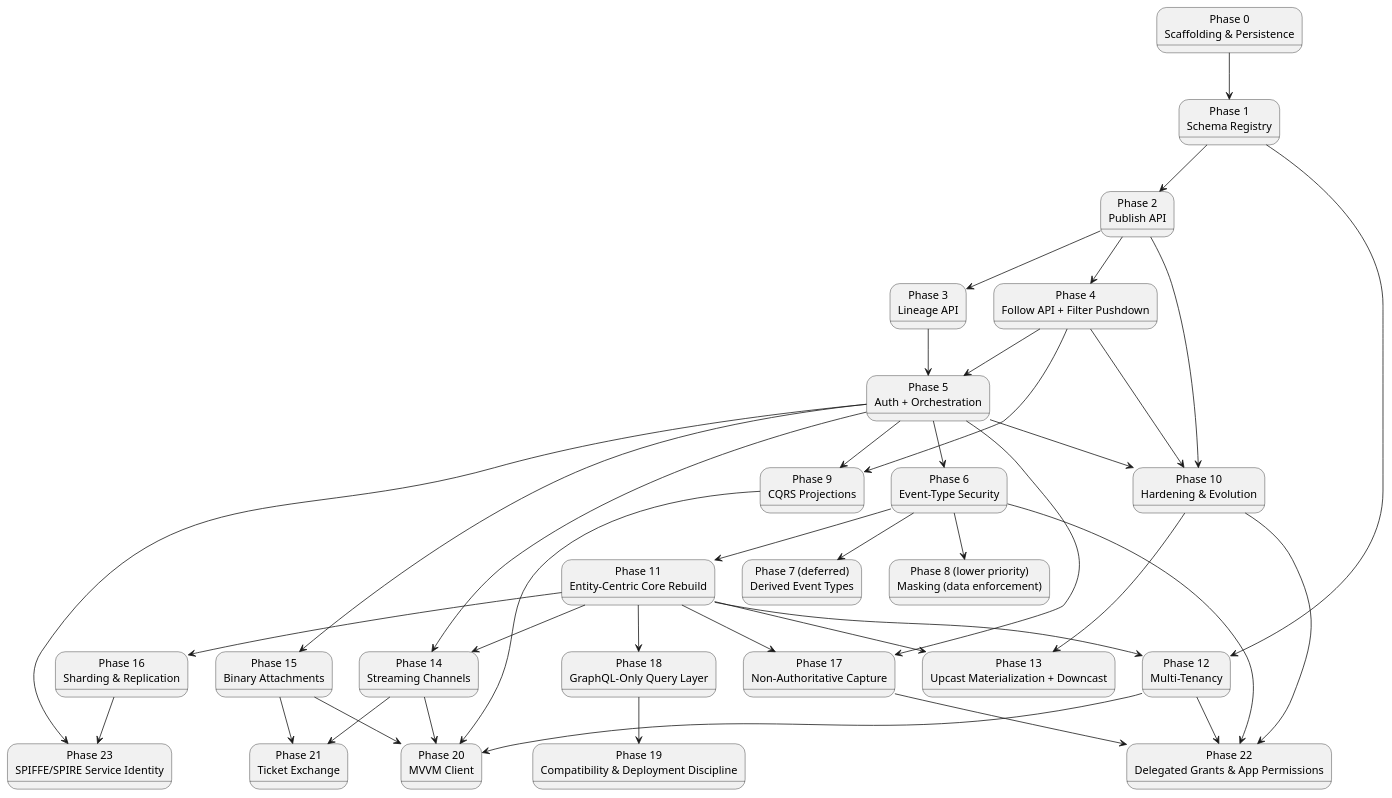
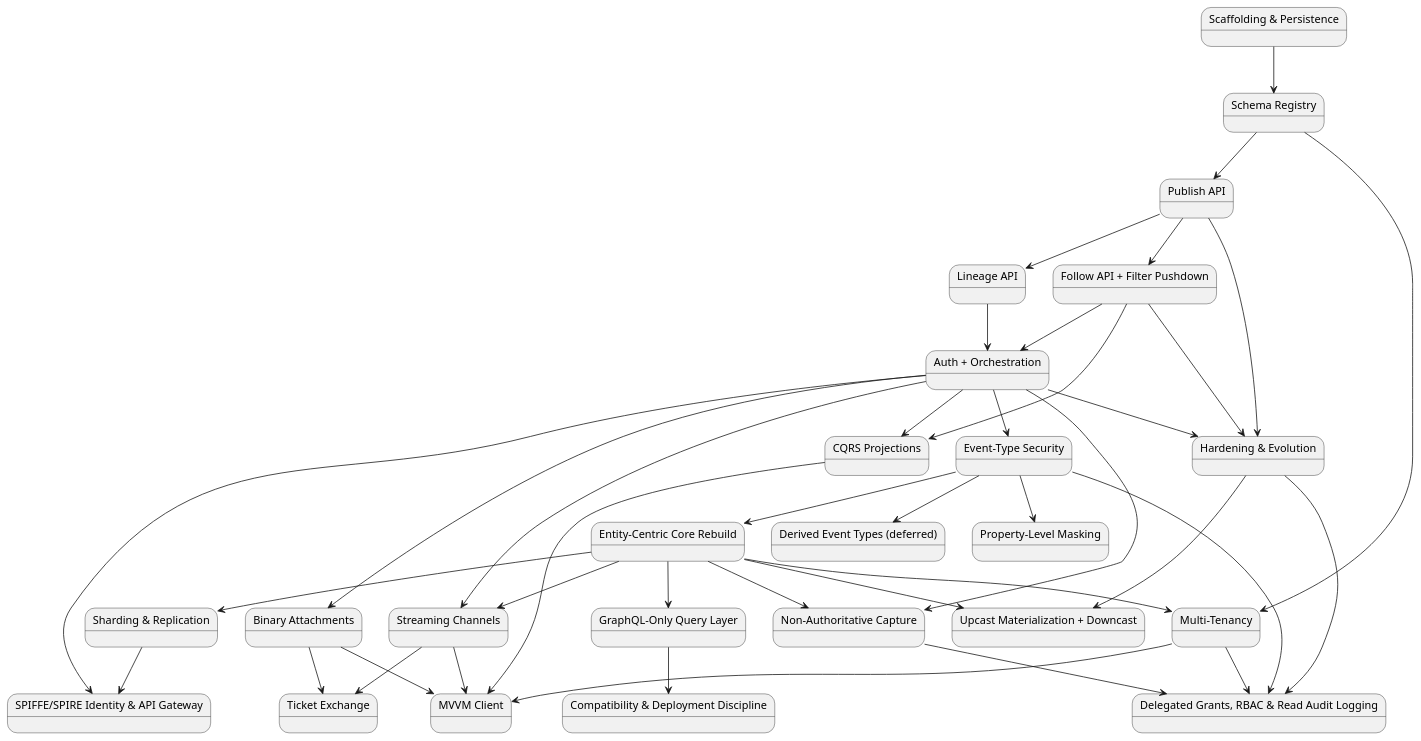
One commit to Mwwhited-BookLearning/EventSourcing changed the first of 2 diagrams in docs/08-build-plan.md. Above: the diagram before and after it, drawn with PlantUML. The commit also changed other lines of this file and 37 other files, not shown here.

````diff
--- a/docs/08-build-plan.md
+++ b/docs/08-build-plan.md
@@ -43,68 +59,68 @@
 ```plantuml
-@startuml BuildPlan_Phases
-state "Phase 0\nScaffolding & Persistence" as p0
-state "Phase 1\nSchema Registry" as p1
-state "Phase 2\nPublish API" as p2
-state "Phase 3\nLineage API" as p3
-state "Phase 4\nFollow API + Filter Pushdown" as p4
-state "Phase 5\nAuth + Orchestration" as p5
-state "Phase 6\nEvent-Type Security" as p6
-state "Phase 7 (deferred)\nDerived Event Types" as p7
-state "Phase 8 (lower priority)\nMasking (data enforcement)" as p8
-state "Phase 9\nCQRS Projections" as p9
-state "Phase 10\nHardening & Evolution" as p10
-state "Phase 11\nEntity-Centric Core Rebuild" as p11
-state "Phase 12\nMulti-Tenancy" as p12
-state "Phase 13\nUpcast Materialization + Downcast" as p13
-state "Phase 14\nStreaming Channels" as p14
-state "Phase 15\nBinary Attachments" as p15
-state "Phase 16\nSharding & Replication" as p16
-state "Phase 17\nNon-Authoritative Capture" as p17
-state "Phase 18\nGraphQL-Only Query Layer" as p18
-state "Phase 19\nCompatibility & Deployment Discipline" as p19
-state "Phase 20\nMVVM Client" as p20
-state "Phase 21\nTicket Exchange" as p21
-state "Phase 22\nDelegated Grants & App Permissions" as p22
-state "Phase 23\nSPIFFE/SPIRE Service Identity" as p23
+@startuml BuildPlan_CorePhases
+state "Scaffolding & Persistence" as p0
+state "Schema Registry" as p1
+state "Publish API" as p2
+state "Lineage API" as p3
+state "Follow API + Filter Pushdown" as p4
+state "Auth + Orchestration" as p5
+state "Event-Type Security" as p6
+state "Derived Event Types (deferred)" as p7
+state "Property-Level Masking" as p8
+state "CQRS Projections" as p9
+state "Hardening & Evolution" as p10
+state "Entity-Centric Core Rebuild" as p11
+state "Multi-Tenancy" as p12
+state "Upcast Materialization + Downcast" as p13
+state "Streaming Channels" as p14
+state "Binary Attachments" as p15
+state "Sharding & Replication" as p16
+state "Non-Authoritative Capture" as p17
+state "GraphQL-Only Query Layer" as p18
+state "Compatibility & Deployment Discipline" as p19
+state "MVVM Client" as p20
+state "Ticket Exchange" as p21
+state "Delegated Grants, RBAC & Read Audit Logging" as p22
+state "SPIFFE/SPIRE Identity & API Gateway" as p23
 
 p0 --> p1
 p1 --> p2
 p2 --> p3
 p2 --> p4
 p3 --> p5
 p4 --> p5
 p5 --> p6
 p6 --> p7
 p6 --> p8
 p4 --> p9
 p5 --> p9
 p5 --> p10
 p2 --> p10
 p4 --> p10
 p6 --> p11
 p1 --> p12
 p11 --> p12
 p10 --> p13
 p11 --> p13
 p5 --> p14
 p11 --> p14
 p5 --> p15
 p11 --> p16
 p11 --> p17
 p5 --> p17
 p11 --> p18
 p18 --> p19
 p9 --> p20
 p12 --> p20
 p14 --> p20
 p15 --> p20
 p14 --> p21
 p15 --> p21
 p17 --> p22
 p6 --> p22
 p12 --> p22
 p10 --> p22
 p5 --> p23
 p16 --> p23
 @enduml
 ```
````
